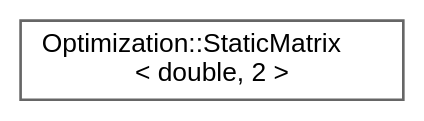
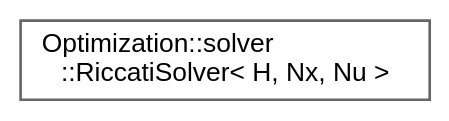
The diagram in inherit_graph_70.dot (jswoo0615/Algorithms_for_Optimization_cpp), drawn with Graphviz before and after one commit. The commit also changed 128 other files, not shown here.

```diff
--- a/inherit_graph_70.dot
+++ b/inherit_graph_70.dot
@@ -1,9 +1,9 @@
 digraph "Graphical Class Hierarchy"
 {
  // LATEX_PDF_SIZE
   bgcolor="transparent";
   edge [fontname=Helvetica,fontsize=10,labelfontname=Helvetica,labelfontsize=10];
   node [fontname=Helvetica,fontsize=10,shape=box,height=0.2,width=0.4];
   rankdir="LR";
-  Node0 [id="Node000000",label="Optimization::StaticMatrix\l\< double, 2 \>",height=0.2,width=0.4,color="grey40", fillcolor="white", style="filled",URL="$classOptimization_1_1StaticMatrix.html",tooltip=" "];
+  Node0 [id="Node000000",label="Optimization::solver\l::RiccatiSolver\< H, Nx, Nu \>",height=0.2,width=0.4,color="grey40", fillcolor="white", style="filled",URL="$structOptimization_1_1solver_1_1RiccatiSolver.html",tooltip="Discrete-time Riccati Recursion Solver (LQR / KKT Block Solver)"];
 }
```
